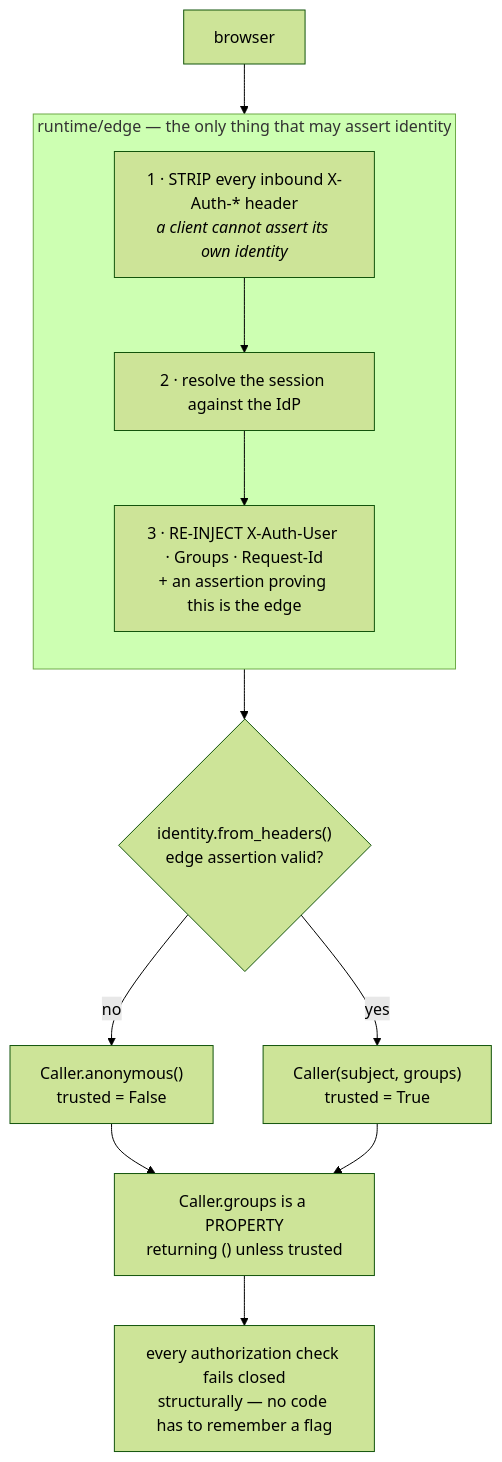
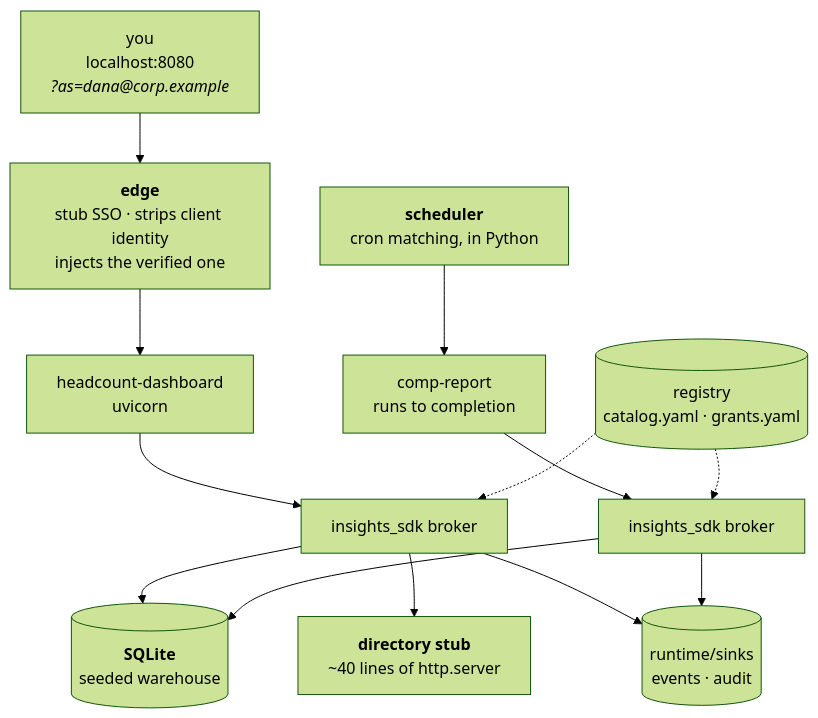
The seventh of 8 diagrams in docs/ARCHITECTURE.md (KRISHNABR/insights-platform), drawn with Mermaid (forest theme) before and after one commit. The commit also changed other lines of this file and 12 other files, not shown here.

````diff
--- a/docs/ARCHITECTURE.md
+++ b/docs/ARCHITECTURE.md
@@ -124,17 +603,15 @@
 ```mermaid
 flowchart TB
-  B["browser"] --> E
-  subgraph E["runtime/edge — the only thing that may assert identity"]
-    direction TB
-    E1["1 · STRIP every inbound X-Auth-* header<br/><i>a client cannot assert its own identity</i>"]
-    E2["2 · resolve the session against the IdP"]
-    E3["3 · RE-INJECT X-Auth-User · Groups · Request-Id<br/>+ an assertion proving this is the edge"]
-    E1 --> E2 --> E3
-  end
-  E3 --> F{"identity.from_headers()<br/>edge assertion valid?"}
-  F -->|"no"| N["Caller.anonymous()<br/>trusted = False"]
-  F -->|"yes"| Y["Caller(subject, groups)<br/>trusted = True"]
-  N --> G["Caller.groups is a PROPERTY<br/>returning () unless trusted"]
-  Y --> G
-  G --> R["every authorization check fails closed<br/>structurally — no code has to remember a flag"]
+  DEV["you<br/>localhost:8080<br/><i>?as=dana@corp.example</i>"] --> EDGE["<b>edge</b><br/>stub SSO · strips client identity<br/>injects the verified one"]
+  EDGE --> W["headcount-dashboard<br/>uvicorn"]
+  SCH["<b>scheduler</b><br/>cron matching, in Python"] --> J["comp-report<br/>runs to completion"]
+  W --> SDK1["insights_sdk broker"]
+  J --> SDK2["insights_sdk broker"]
+  SDK1 --> DB[("<b>SQLite</b><br/>seeded warehouse")]
+  SDK2 --> DB
+  SDK1 --> API["<b>directory stub</b><br/>~40 lines of http.server"]
+  REG[("registry<br/>catalog.yaml · grants.yaml")] -.-> SDK1
+  REG -.-> SDK2
+  SDK1 --> SINK[("runtime/sinks<br/>events · audit")]
+  SDK2 --> SINK
 ```
````
